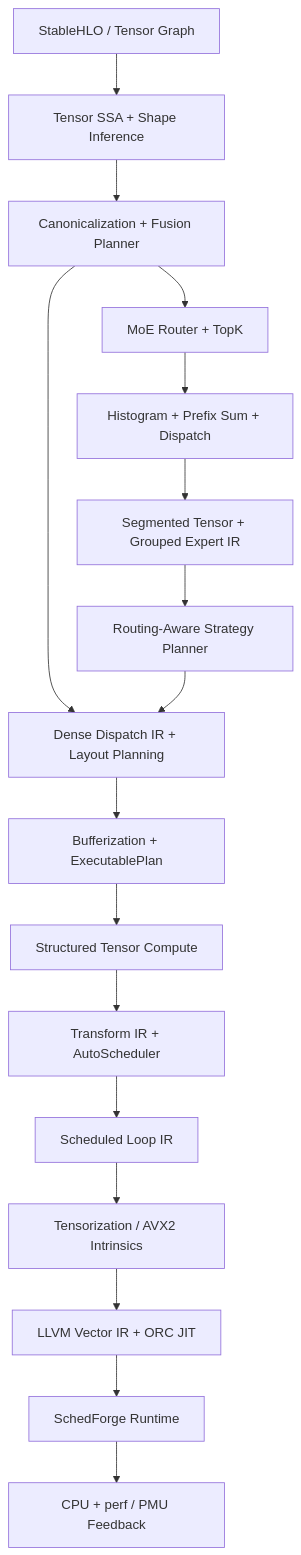
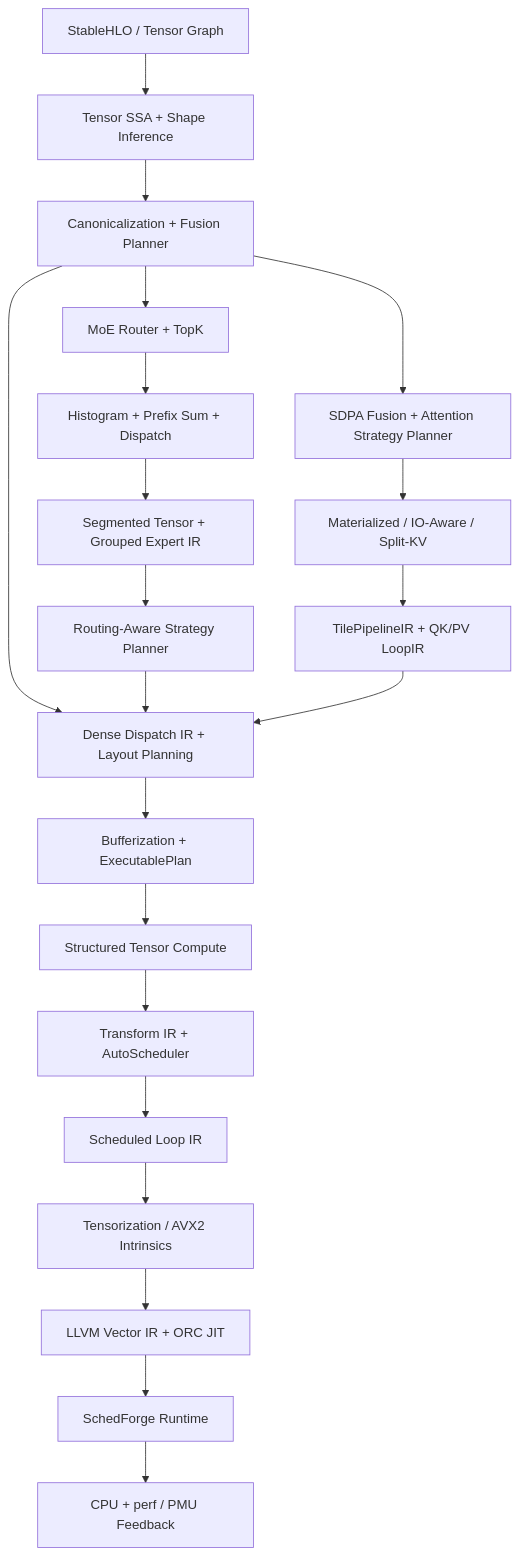
Before and after one commit to BokaiGuo/SchedForge: the diagram in README.md, drawn with Mermaid. The commit also changed other lines of this file and 21 other files, not shown here.

````diff
--- a/README.md
+++ b/README.md
@@ -34,19 +37,23 @@
 ```mermaid
 flowchart TD
     A["StableHLO / Tensor Graph"] --> B["Tensor SSA + Shape Inference"]
     B --> C["Canonicalization + Fusion Planner"]
     C --> D["Dense Dispatch IR + Layout Planning"]
     C --> M1["MoE Router + TopK"]
+    C --> A1["SDPA Fusion + Attention Strategy Planner"]
     M1 --> M2["Histogram + Prefix Sum + Dispatch"]
     M2 --> M3["Segmented Tensor + Grouped Expert IR"]
     M3 --> M4["Routing-Aware Strategy Planner"]
     M4 --> D
+    A1 --> A2["Materialized / IO-Aware / Split-KV"]
+    A2 --> A3["TilePipelineIR + QK/PV LoopIR"]
+    A3 --> D
     D --> E["Bufferization + ExecutablePlan"]
     E --> F["Structured Tensor Compute"]
     F --> G["Transform IR + AutoScheduler"]
     G --> H["Scheduled Loop IR"]
     H --> I["Tensorization / AVX2 Intrinsics"]
     I --> J["LLVM Vector IR + ORC JIT"]
     J --> K["SchedForge Runtime"]
     K --> L["CPU + perf / PMU Feedback"]
 ```
````
